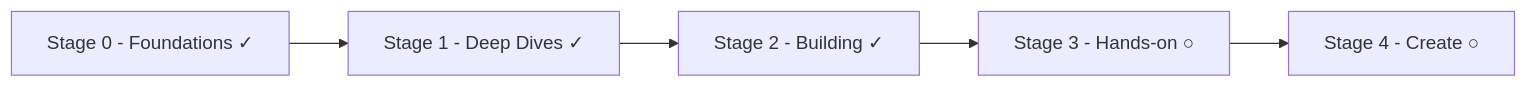
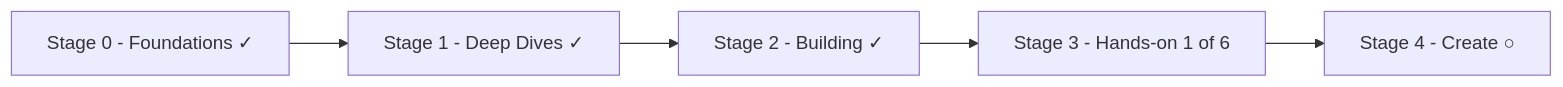
Before and after one commit to namphuongtran/ai-vault: the diagram in content/en/roadmap/_index.md, drawn with Mermaid. The commit also changed other lines of this file and 7 other files, not shown here.

First line of the commit message:
Stage 3 kickoff: Hands-on section + Lab 1 (RAG chatbot in 7 steps) (EN + VI)

````diff
--- a/content/en/roadmap/_index.md
+++ b/content/en/roadmap/_index.md
@@ -21,5 +21,5 @@
 ```mermaid
 flowchart LR
     S0[Stage 0 - Foundations ✓] --> S1[Stage 1 - Deep Dives ✓] --> S2[Stage 2 - Building ✓]
-    S2 --> S3[Stage 3 - Hands-on ○] --> S4[Stage 4 - Create ○]
+    S2 --> S3[Stage 3 - Hands-on 1 of 6] --> S4[Stage 4 - Create ○]
 ```
````
